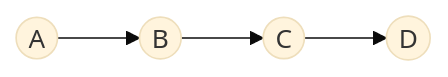
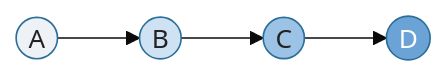
One commit to asiermarzo/ssoo changed the second of 3 diagrams in PRACTICA/02-procesos-e-hilos/README.md. Above: the diagram before and after it, drawn with Mermaid (base theme). The commit also changed other lines of this file and 25 other files, not shown here.

Commit message:
refinado de diagramas mermaid y svg

````diff
--- a/PRACTICA/02-procesos-e-hilos/README.md
+++ b/PRACTICA/02-procesos-e-hilos/README.md
@@ -170,4 +182,14 @@
    ```mermaid
    flowchart LR
        A((A)) --> B((B)) --> C((C)) --> D((D))
+
+       classDef p1 fill:#eef2f7,stroke:#2b6f99,color:#222;
+       classDef p2 fill:#cfe2f3,stroke:#2b6f99,color:#222;
+       classDef p3 fill:#9cc3e6,stroke:#2b6f99,color:#222;
+       classDef p4 fill:#6ba3d6,stroke:#2b6f99,color:#ffffff;
+
+       class A p1;
+       class B p2;
+       class C p3;
+       class D p4;
    ```
````
